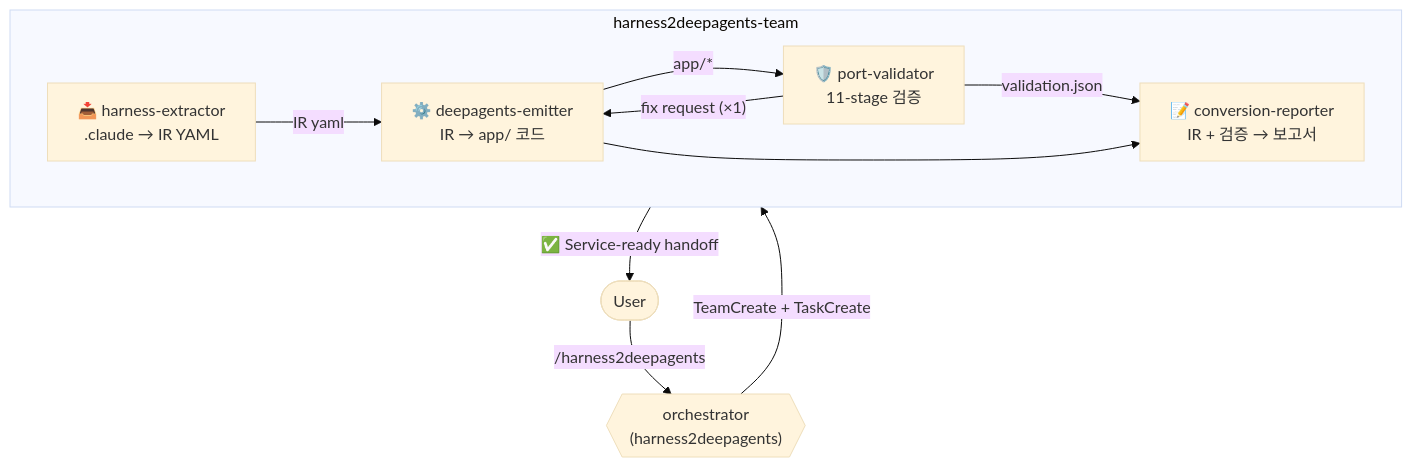
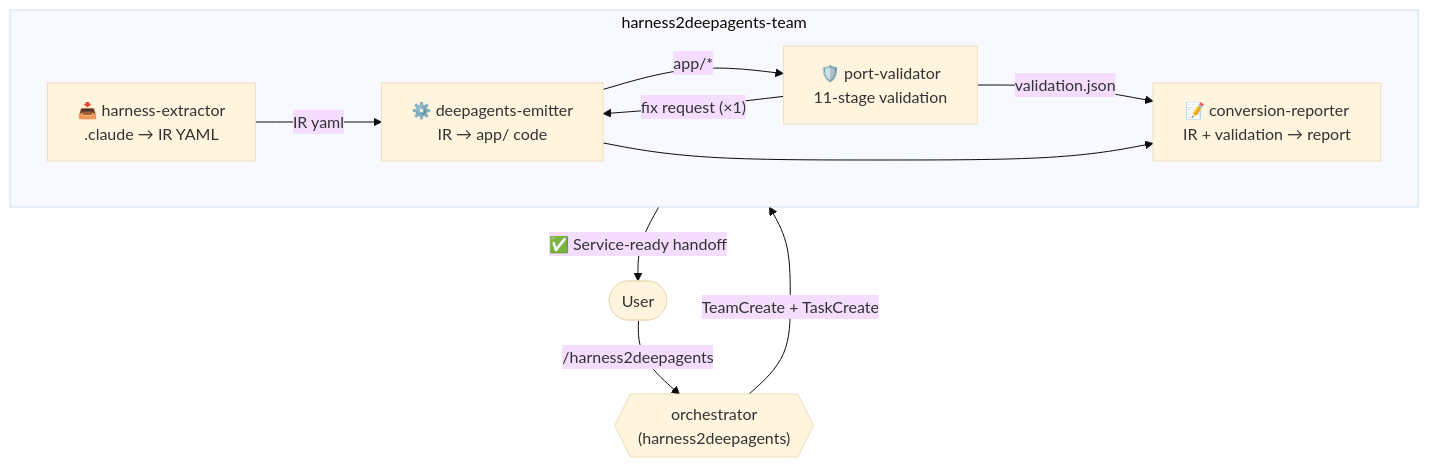
The second of 10 diagrams in .claude/skills/harness2deepagents/README.md (tykimos/harness2deepagents), drawn with Mermaid (base theme) before and after one commit. The commit also changed other lines of this file and 3 other files, not shown here.

````diff
--- a/.claude/skills/harness2deepagents/README.md
+++ b/.claude/skills/harness2deepagents/README.md
@@ -73,24 +75,24 @@
 ```mermaid
 graph TB
 
     User([User])
 
     Orchestrator{{"orchestrator<br/>(harness2deepagents)"}}
 
     subgraph Team["harness2deepagents-team"]
         direction LR
         Extractor["📥 harness-extractor<br/>.claude → IR YAML"]
-        Emitter["⚙️ deepagents-emitter<br/>IR → app/ 코드"]
-        Validator["🛡️ port-validator<br/>11-stage 검증"]
-        Reporter["📝 conversion-reporter<br/>IR + 검증 → 보고서"]
+        Emitter["⚙️ deepagents-emitter<br/>IR → app/ code"]
+        Validator["🛡️ port-validator<br/>11-stage validation"]
+        Reporter["📝 conversion-reporter<br/>IR + validation → report"]
     end
 
     User -->|"/harness2deepagents"| Orchestrator
     Orchestrator -->|TeamCreate + TaskCreate| Team
     Extractor -->|IR yaml| Emitter
     Emitter -->|app/*| Validator
     Validator -->|"fix request (×1)"| Emitter
     Validator -->|validation.json| Reporter
     Emitter --> Reporter
     Reporter -->|"✅ Service-ready handoff"| User
 ```
````
